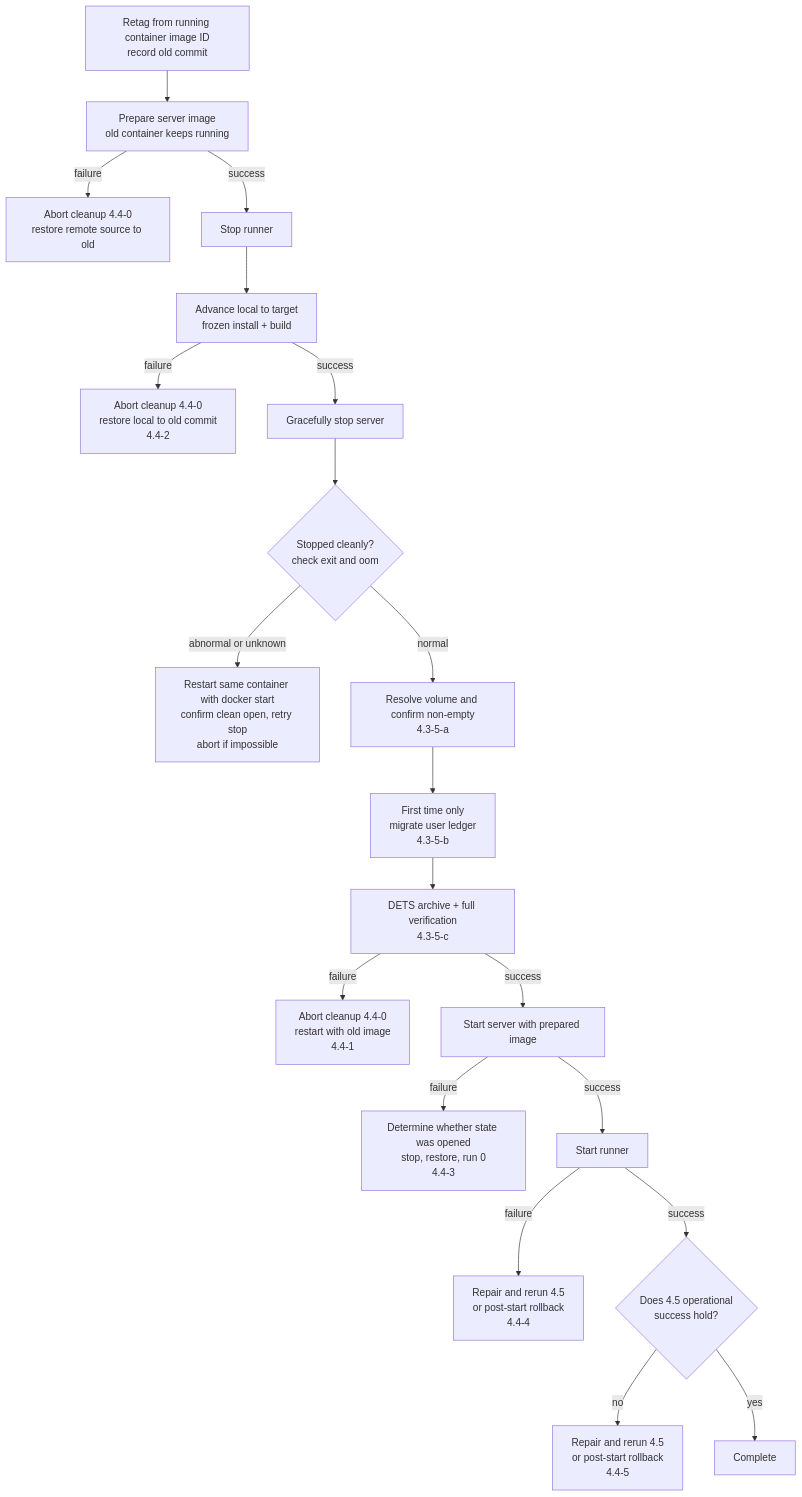
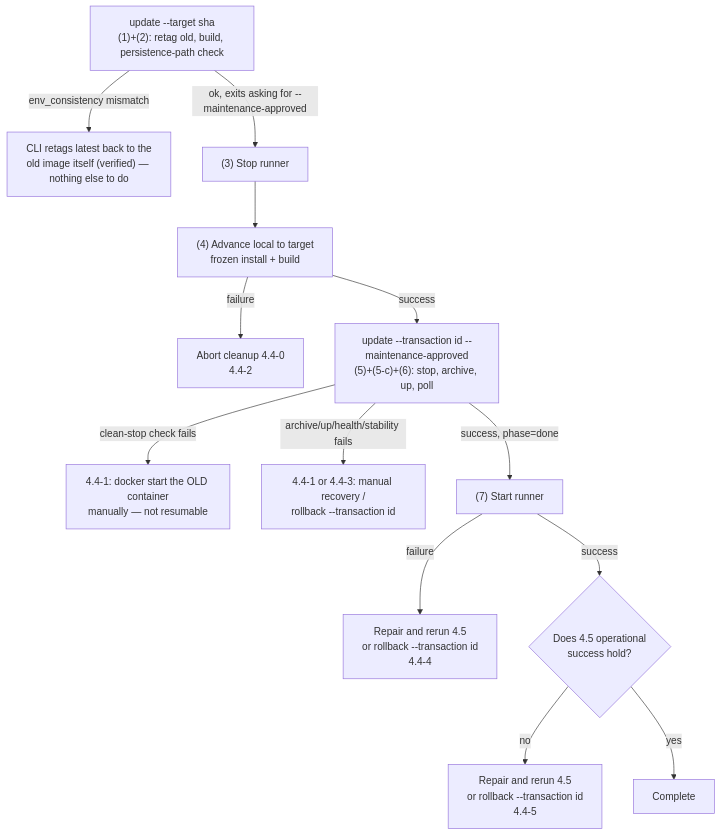
One commit to sakuraiyuta/kaoiro changed the second of 2 diagrams in docs/specs/deployment.md. Above: the diagram before and after it, drawn with Mermaid. The commit also changed other lines of this file, not shown here.

````diff
--- a/docs/specs/deployment.md
+++ b/docs/specs/deployment.md
@@ -467,22 +508,15 @@
 ```mermaid
 flowchart TD
-  A["Retag from running container image ID<br/>record old commit"] --> B["Prepare server image<br/>old container keeps running"]
-  B -->|failure| R0["Abort cleanup 4.4-0<br/>restore remote source to old"]
-  B -->|success| C["Stop runner"]
-  C --> D["Advance local to target<br/>frozen install + build"]
-  D -->|failure| R1["Abort cleanup 4.4-0<br/>restore local to old commit<br/>4.4-2"]
-  D -->|success| E["Gracefully stop server"]
-  E --> S{"Stopped cleanly?<br/>check exit and oom"}
-  S -->|abnormal or unknown| R5["Restart same container with docker start<br/>confirm clean open, retry stop<br/>abort if impossible"]
-  S -->|normal| V["Resolve volume and confirm non-empty<br/>4.3-5-a"]
-  V --> M["First time only<br/>migrate user ledger<br/>4.3-5-b"]
-  M --> F["DETS archive + full verification<br/>4.3-5-c"]
-  F -->|failure| R2["Abort cleanup 4.4-0<br/>restart with old image<br/>4.4-1"]
-  F -->|success| G["Start server with prepared image"]
-  G -->|failure| R3["Determine whether state was opened<br/>stop, restore, run 0<br/>4.4-3"]
-  G -->|success| H["Start runner"]
-  H -->|failure| R4["Repair and rerun 4.5<br/>or post-start rollback<br/>4.4-4"]
+  A["update --target sha<br/>(1)+(2): retag old, build, persistence-path check"] -->|env_consistency mismatch| R0["CLI retags latest back to the<br/>old image itself (verified) — nothing else to do"]
+  A -->|ok, exits asking for --maintenance-approved| C["(3) Stop runner"]
+  C --> D["(4) Advance local to target<br/>frozen install + build"]
+  D -->|failure| R1["Abort cleanup 4.4-0<br/>4.4-2"]
+  D -->|success| E["update --transaction id --maintenance-approved<br/>(5)+(5-c)+(6): stop, archive, up, poll"]
+  E -->|clean-stop check fails| R5["4.4-1: docker start the OLD container<br/>manually — not resumable"]
+  E -->|archive/up/health/stability fails| R3["4.4-1 or 4.4-3: manual recovery /<br/>rollback --transaction id"]
+  E -->|success, phase=done| H["(7) Start runner"]
+  H -->|failure| R4["Repair and rerun 4.5<br/>or rollback --transaction id<br/>4.4-4"]
   H -->|success| I{"Does 4.5 operational<br/>success hold?"}
-  I -->|no| R6["Repair and rerun 4.5<br/>or post-start rollback<br/>4.4-5"]
+  I -->|no| R6["Repair and rerun 4.5<br/>or rollback --transaction id<br/>4.4-5"]
   I -->|yes| Z["Complete"]
 ```
````
